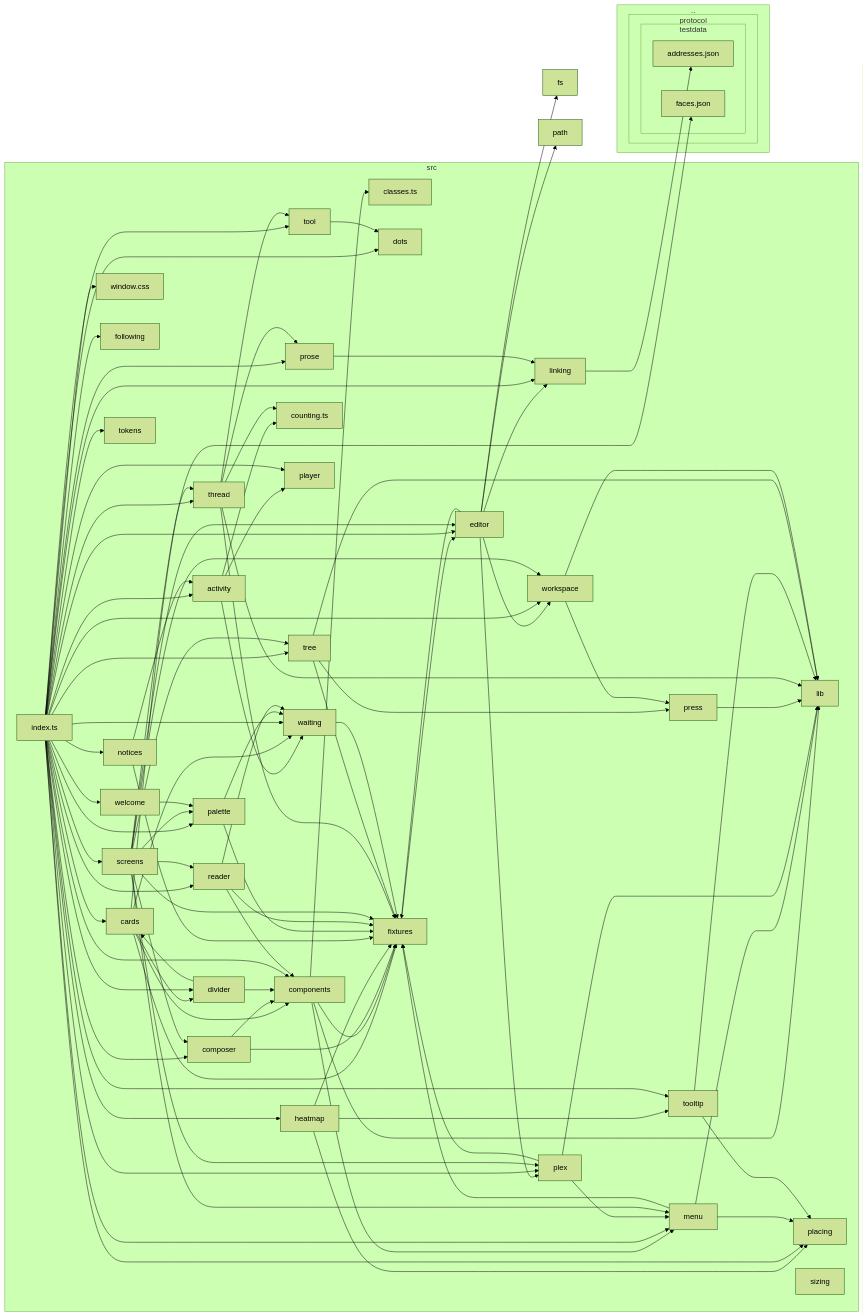
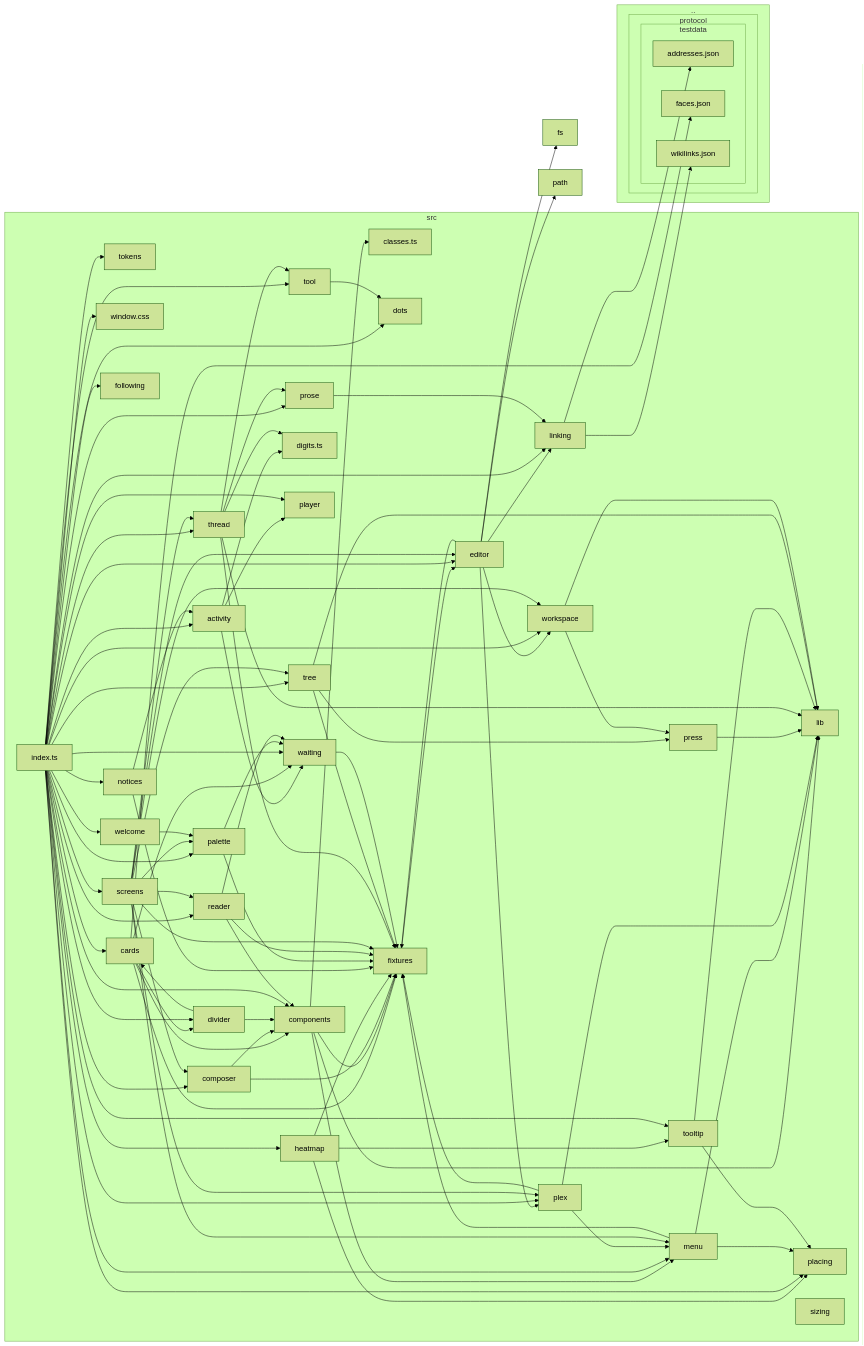
Before and after one commit to jiva-studio/numen: the first of 4 diagrams in docs/dependencies.md, drawn with Mermaid (forest theme). The commit also changed other lines of this file and 216 other files, not shown here.

First line of the commit message:
refactor(desktop): name the notes window's frontend editor

````diff
--- a/docs/dependencies.md
+++ b/docs/dependencies.md
@@ -16,141 +16,143 @@
 subgraph 2["testdata"]
 3["addresses.json"]
 4["faces.json"]
+5["wikilinks.json"]
 end
 end
 end
-5["fs"]
-6["path"]
-subgraph 7["src"]
-8["activity"]
-9["cards"]
-A["classes.ts"]
-B["components"]
-C["composer"]
-D["counting.ts"]
-E["divider"]
-F["dots"]
-G["editor"]
-H["fixtures"]
-I["following"]
-J["heatmap"]
-K["index.ts"]
-L["lib"]
-M["linking"]
-N["menu"]
-O["notices"]
-P["palette"]
-Q["placing"]
-R["player"]
-S["plex"]
-T["press"]
-U["prose"]
-V["reader"]
-W["screens"]
-X["sizing"]
-Y["thread"]
-Z["tokens"]
-10["tool"]
-11["tooltip"]
-12["tree"]
-13["waiting"]
-14["welcome"]
-15["window.css"]
-16["workspace"]
+6["fs"]
+7["path"]
+subgraph 8["src"]
+9["activity"]
+A["cards"]
+B["classes.ts"]
+C["components"]
+D["composer"]
+E["digits.ts"]
+F["divider"]
+G["dots"]
+H["editor"]
+I["fixtures"]
+J["following"]
+K["heatmap"]
+L["index.ts"]
+M["lib"]
+N["linking"]
+O["menu"]
+P["notices"]
+Q["palette"]
+R["placing"]
+S["player"]
+T["plex"]
+U["press"]
+V["prose"]
+W["reader"]
+X["screens"]
+Y["sizing"]
+Z["thread"]
+10["tokens"]
+11["tool"]
+12["tooltip"]
+13["tree"]
+14["waiting"]
+15["welcome"]
+16["window.css"]
+17["workspace"]
 end
-8-->13
-8-->D
-8-->R
+9-->14
 9-->E
-9-->B
-9-->H
-9-->13
-9-->4
-B-->A
-B-->H
-B-->L
-B-->N
-C-->H
+9-->S
+A-->F
+A-->C
+A-->I
+A-->14
+A-->4
 C-->B
-E-->9
-E-->B
-G-->H
-G-->16
-G-->S
-G-->M
-G-->5
-G-->6
-H-->G
-J-->H
-J-->Q
-J-->11
-K-->8
-K-->9
-K-->B
-K-->C
-K-->E
-K-->F
-K-->G
+C-->I
+C-->M
+C-->O
+D-->I
+D-->C
+F-->A
+F-->C
+H-->I
+H-->17
+H-->T
+H-->N
+H-->6
+H-->7
+I-->H
 K-->I
-K-->J
-K-->M
-K-->N
-K-->O
-K-->P
-K-->Q
 K-->R
-K-->S
-K-->U
-K-->V
-K-->W
-K-->Y
-K-->Z
-K-->10
-K-->11
 K-->12
-K-->13
-K-->14
-K-->15
-K-->16
-M-->3
-N-->Q
-N-->L
-N-->H
-O-->8
-O-->H
-P-->13
-P-->H
-S-->L
-S-->N
-S-->H
-T-->L
+L-->9
+L-->A
+L-->C
+L-->D
+L-->F
+L-->G
+L-->H
+L-->J
+L-->K
+L-->N
+L-->O
+L-->P
+L-->Q
+L-->R
+L-->S
+L-->T
+L-->V
+L-->W
+L-->X
+L-->Z
+L-->10
+L-->11
+L-->12
+L-->13
+L-->14
+L-->15
+L-->16
+L-->17
+N-->3
+N-->5
+O-->R
+O-->M
+O-->I
+P-->9
+P-->I
+Q-->14
+Q-->I
+T-->M
+T-->O
+T-->I
 U-->M
-V-->B
-V-->13
-V-->H
+V-->N
 W-->C
-W-->Y
-W-->H
-W-->S
-W-->16
-W-->G
-W-->N
-W-->P
-W-->V
-W-->12
-Y-->U
-Y-->10
-Y-->D
-Y-->L
-Y-->H
-10-->F
-11-->L
-11-->Q
-12-->L
-12-->T
-12-->H
-13-->H
-14-->P
-16-->L
-16-->T
+W-->14
+W-->I
+X-->D
+X-->Z
+X-->I
+X-->T
+X-->17
+X-->H
+X-->O
+X-->Q
+X-->W
+X-->13
+Z-->V
+Z-->11
+Z-->E
+Z-->M
+Z-->I
+11-->G
+12-->M
+12-->R
+13-->M
+13-->U
+13-->I
+14-->I
+15-->Q
+17-->M
+17-->U
 ```
````
